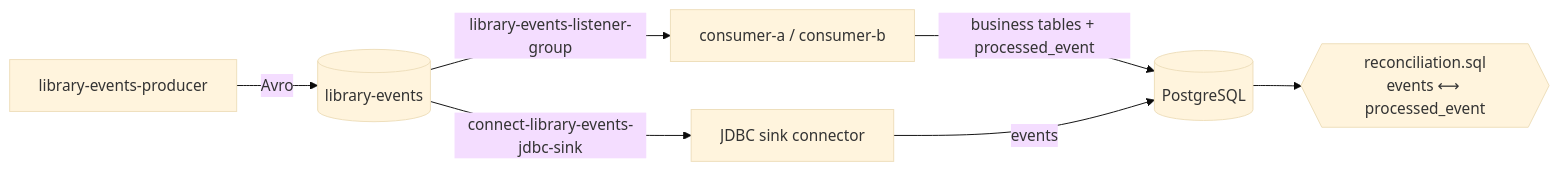
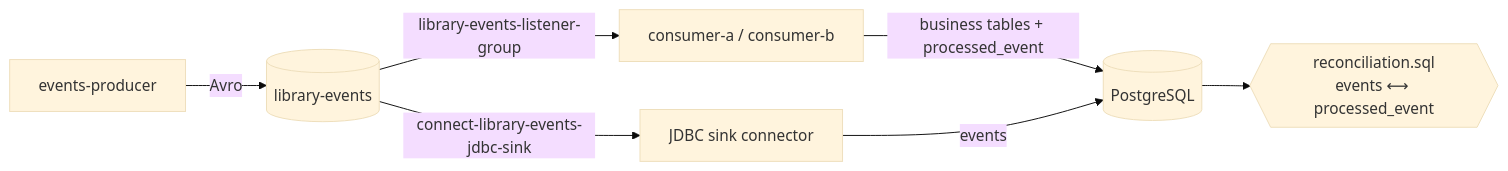
Before and after one commit to himnay/learning-kafka: the sixth of 7 diagrams in kafka-core/README.md, drawn with Mermaid (base theme). The commit also changed other lines of this file and 117 other files, not shown here.

First line of the commit message:
refactor(kafka-core): rename modules to events-producer and events-consumer-a/-b

````diff
--- a/kafka-core/README.md
+++ b/kafka-core/README.md
@@ -930,9 +930,9 @@
 ```mermaid
 flowchart LR
-    P[library-events-producer] -->|Avro| T[(library-events)]
+    P[events-producer] -->|Avro| T[(library-events)]
     T -->|library-events-listener-group| C[consumer-a / consumer-b]
     T -->|connect-library-events-jdbc-sink| KC[JDBC sink connector]
     C -->|business tables + processed_event| PG[(PostgreSQL)]
     KC -->|events| PG
     PG --> R{{reconciliation.sql<br/>events ⟷ processed_event}}
 ```
````
